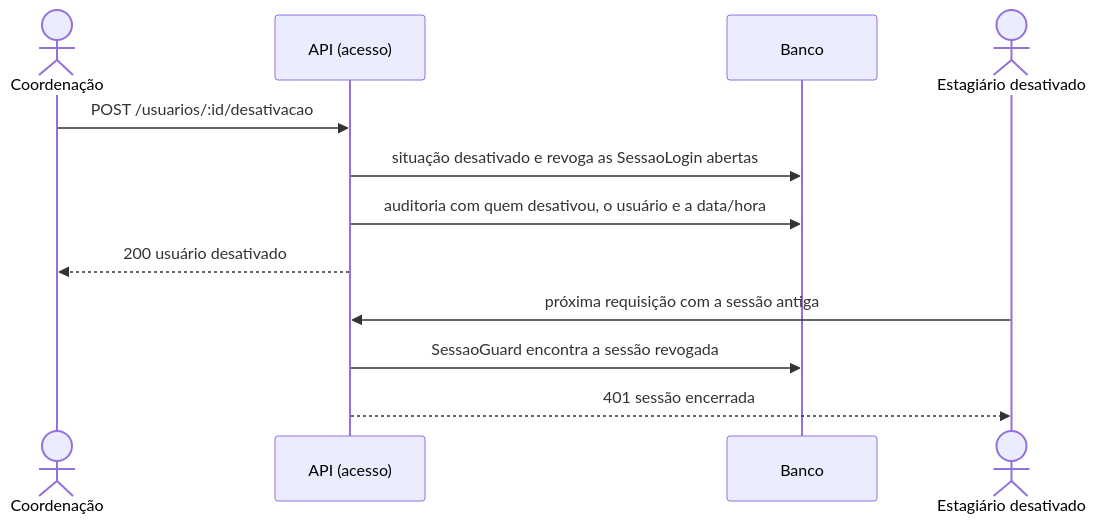
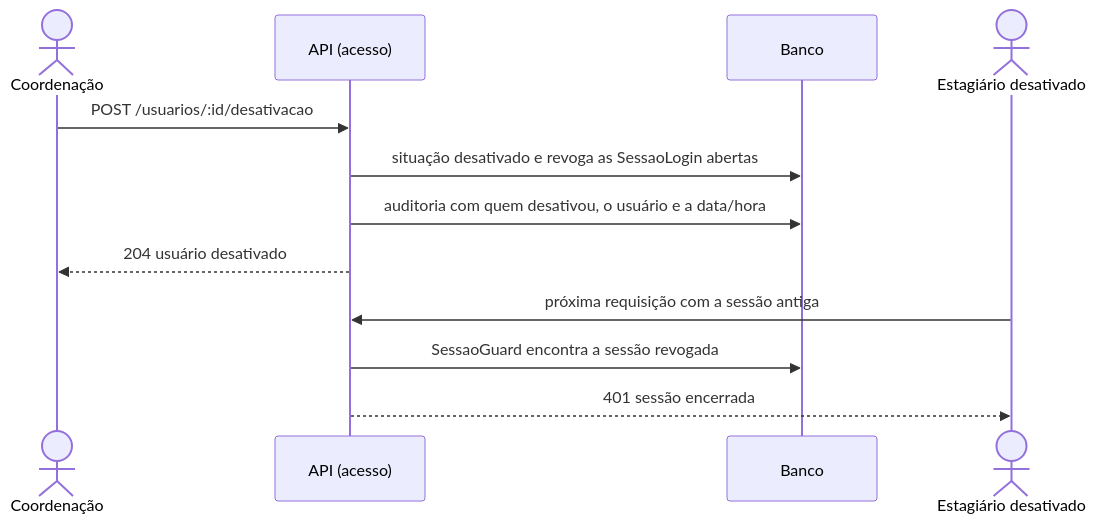
The fourth of 13 diagrams in documentacao/docs/unidade-3/projeto-features-ciclo-3.md (mdsreq-fga-unb/REQ-2026.2-T02-ClinicaEscolaFBr), drawn with Mermaid before and after one commit.

Commit message:
docs: alinha o diagrama do RF54 à resposta 204 da desativação

````diff
--- a/documentacao/docs/unidade-3/projeto-features-ciclo-3.md
+++ b/documentacao/docs/unidade-3/projeto-features-ciclo-3.md
@@ -238,14 +238,14 @@
 ```mermaid
 sequenceDiagram
     actor C as Coordenação
     participant A as API (acesso)
     participant DB as Banco
     actor E as Estagiário desativado
     C->>A: POST /usuarios/:id/desativacao
     A->>DB: situação desativado e revoga as SessaoLogin abertas
     A->>DB: auditoria com quem desativou, o usuário e a data/hora
-    A-->>C: 200 usuário desativado
+    A-->>C: 204 usuário desativado
     E->>A: próxima requisição com a sessão antiga
     A->>DB: SessaoGuard encontra a sessão revogada
     A-->>E: 401 sessão encerrada
 ```
````
